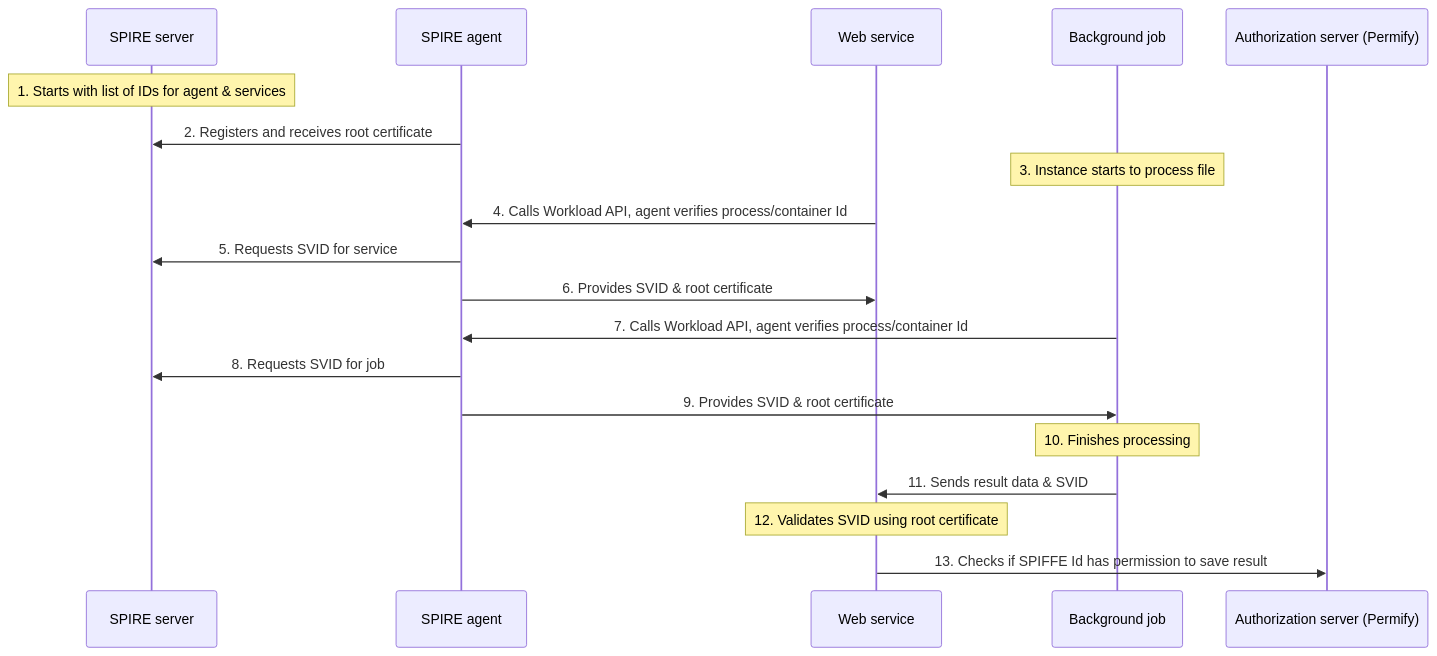
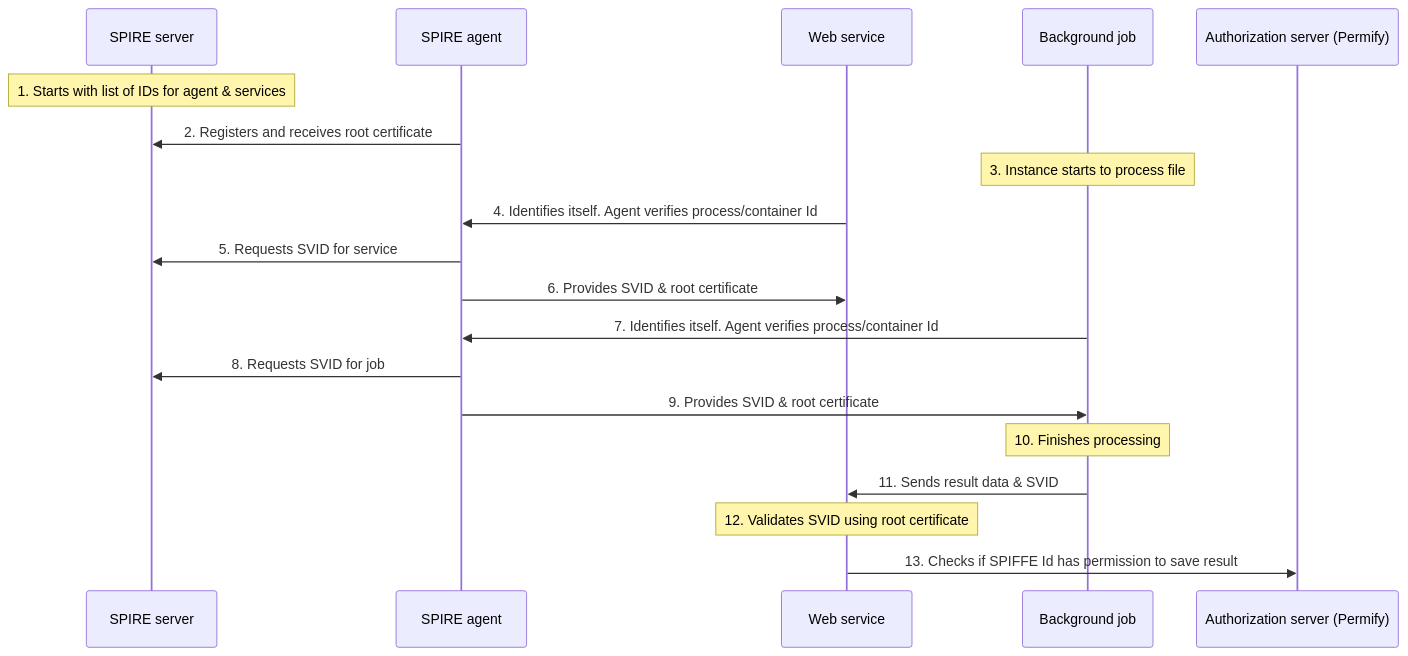
One commit to FusionAuth/fusionauth-site changed the first of 2 diagrams in astro/src/content/docs/operate/secure/permify-spire.mdx. Above: the diagram before and after it, drawn with Mermaid. The commit also changed other lines of this file and 1 other file, not shown here.

````diff
--- a/astro/src/content/docs/operate/secure/permify-spire.mdx
+++ b/astro/src/content/docs/operate/secure/permify-spire.mdx
@@ -81,22 +79,22 @@
 ```mermaid
 sequenceDiagram
     participant Server as SPIRE server
     participant Agent as SPIRE agent
     participant Web as Web service
     participant Job as Background job
     participant Auth as Authorization server (Permify)
 
     Note over Server: 1. Starts with list of IDs for agent & services
     Agent->>Server: 2. Registers and receives root certificate
     Note over Job: 3. Instance starts to process file
-    Web->>Agent: 4. Calls Workload API, agent verifies process/container Id
+    Web->>Agent: 4. Identifies itself. Agent verifies process/container Id
     Agent->>Server: 5. Requests SVID for service
     Agent->>Web: 6. Provides SVID & root certificate
-    Job->>Agent: 7. Calls Workload API, agent verifies process/container Id
+    Job->>Agent: 7. Identifies itself. Agent verifies process/container Id
     Agent->>Server: 8. Requests SVID for job
     Agent->>Job: 9. Provides SVID & root certificate
     Note over Job: 10. Finishes processing
     Job->>Web: 11. Sends result data & SVID
     Note over Web: 12. Validates SVID using root certificate
     Web->>Auth: 13. Checks if SPIFFE Id has permission to save result
 ```
````
